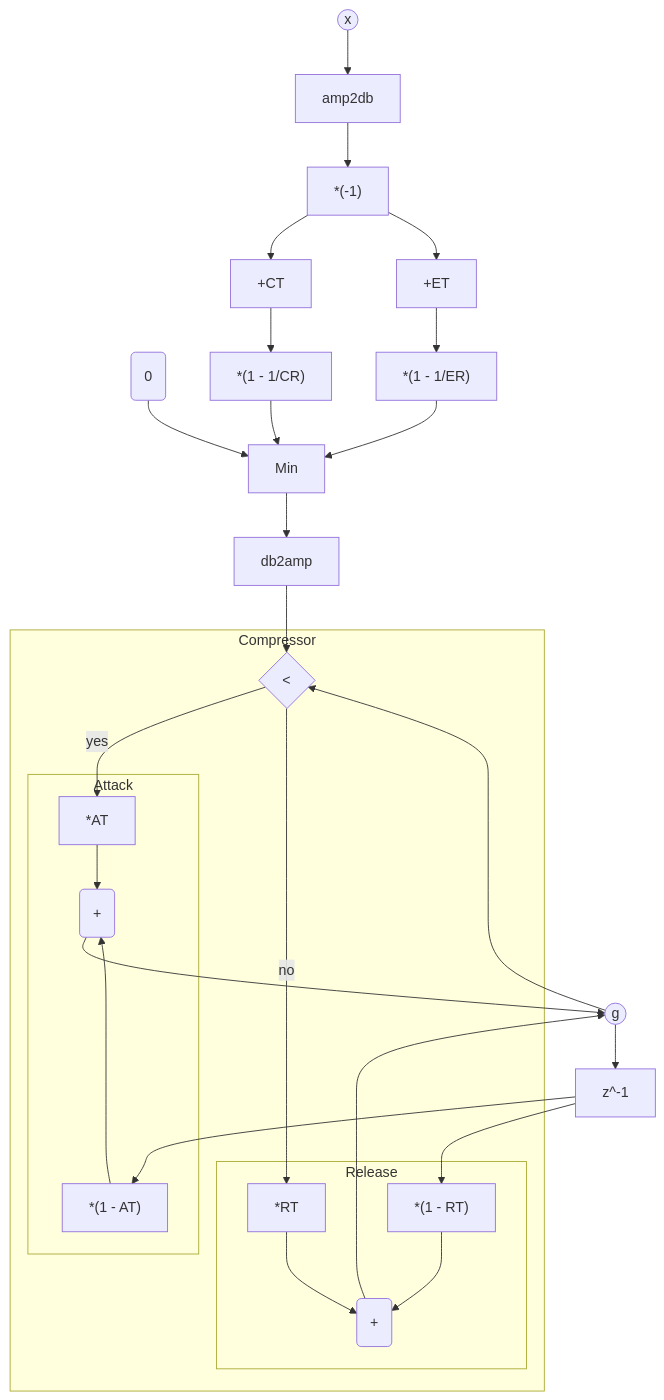
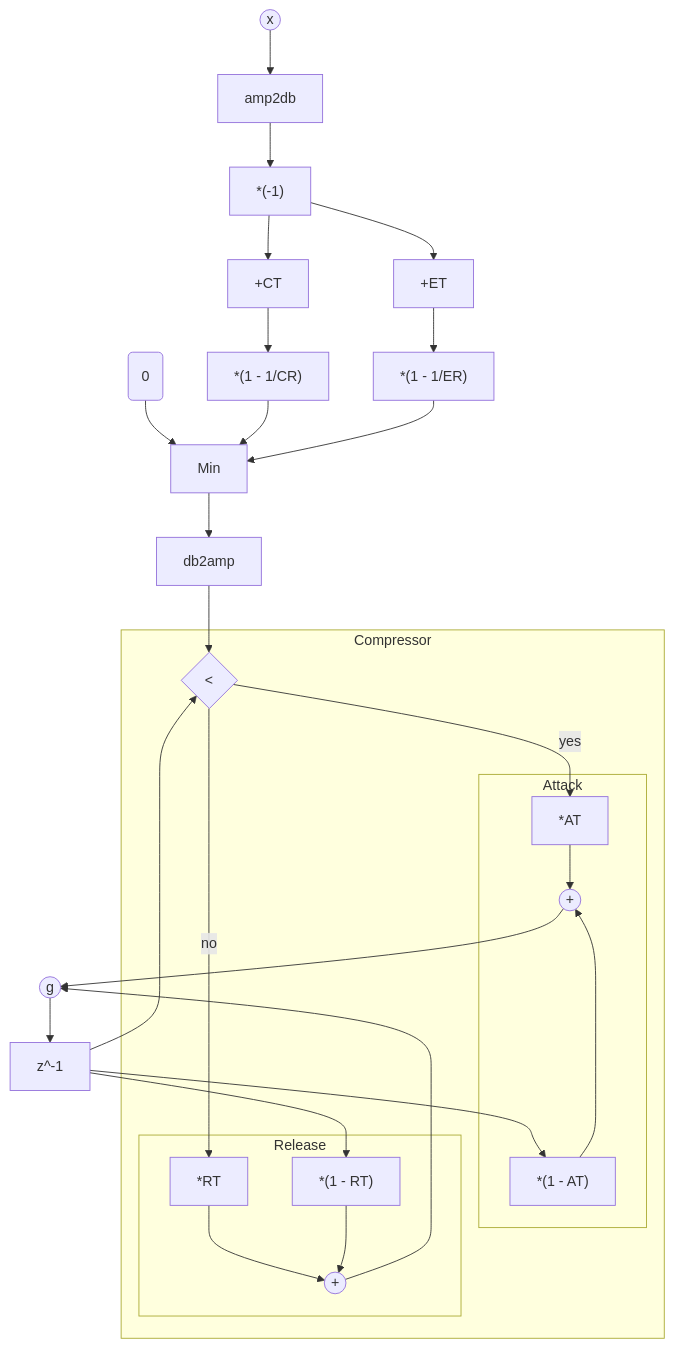
The first of 2 diagrams in README.md (yoyololicon/torchcomp), drawn with Mermaid before and after one commit. The commit also changed other lines of this file, not shown here.

````diff
--- a/README.md
+++ b/README.md
@@ -76,32 +76,32 @@
 ```mermaid
 graph TB
     input((x))
     output((g))
     amp2db[amp2db]
     db2amp[db2amp]
     min[Min]
     delay[z^-1]
     zero( 0 )
 
     input --> amp2db --> neg["*(-1)"] --> plusCT["+CT"] & plusET["+ET"]
     plusCT --> multCS["*(1 - 1/CR)"]
     plusET --> multES["*(1 - 1/ER)"]
     zero & multCS & multES --> min --> db2amp
 
-    db2amp & output --> ifelse{<}
+    db2amp & delay --> ifelse{<}
     output --> delay --> multATT["*(1 - AT)"] & multRTT["*(1 - RT)"]
 
     subgraph Compressor
         ifelse -->|yes| multAT["*AT"]
         subgraph Attack
-            multAT & multATT --> plus1("+")
+            multAT & multATT --> plus1(("+"))
         end
 
         ifelse -->|no| multRT["*RT"]
         subgraph Release
-            multRT & multRTT --> plus2("+")
+            multRT & multRTT --> plus2(("+"))
         end
     end
 
     plus1 & plus2 --> output
 ```
````
